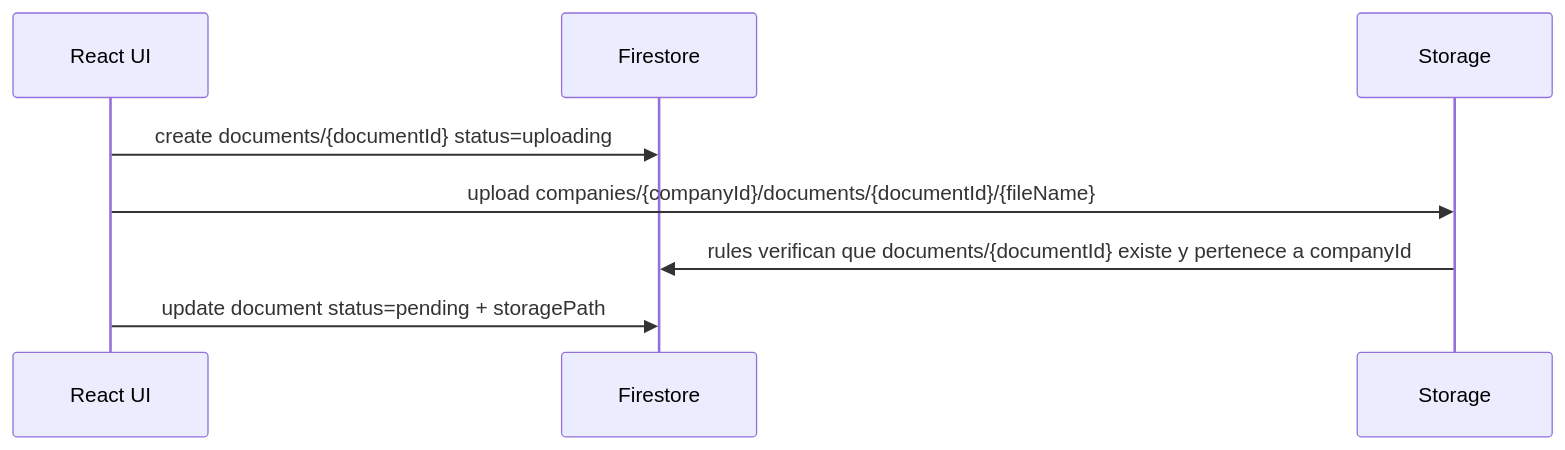
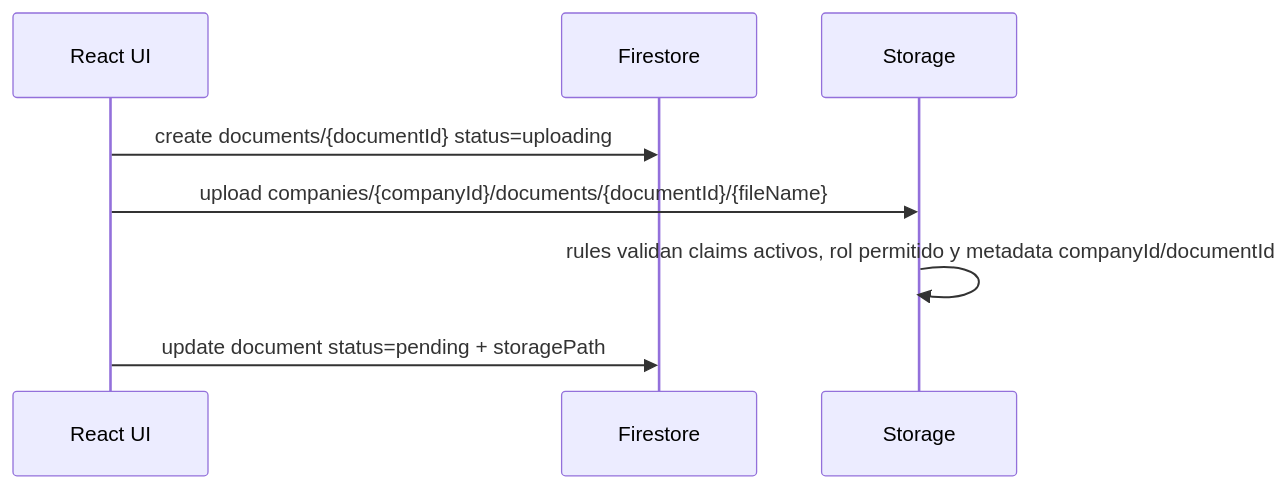
The second of 2 diagrams in docs/ARQUITECTURA.md (vega1980/gemailla-master), drawn with Mermaid before and after one commit. The commit also changed other lines of this file and 3 other files, not shown here.

````diff
--- a/docs/ARQUITECTURA.md
+++ b/docs/ARQUITECTURA.md
@@ -56,11 +56,11 @@
 ```mermaid
 sequenceDiagram
   participant UI as React UI
   participant FS as Firestore
   participant ST as Storage
 
   UI->>FS: create documents/{documentId} status=uploading
   UI->>ST: upload companies/{companyId}/documents/{documentId}/{fileName}
-  ST->>FS: rules verifican que documents/{documentId} existe y pertenece a companyId
+  ST->>ST: rules validan claims activos, rol permitido y metadata companyId/documentId
   UI->>FS: update document status=pending + storagePath
 ```
````
